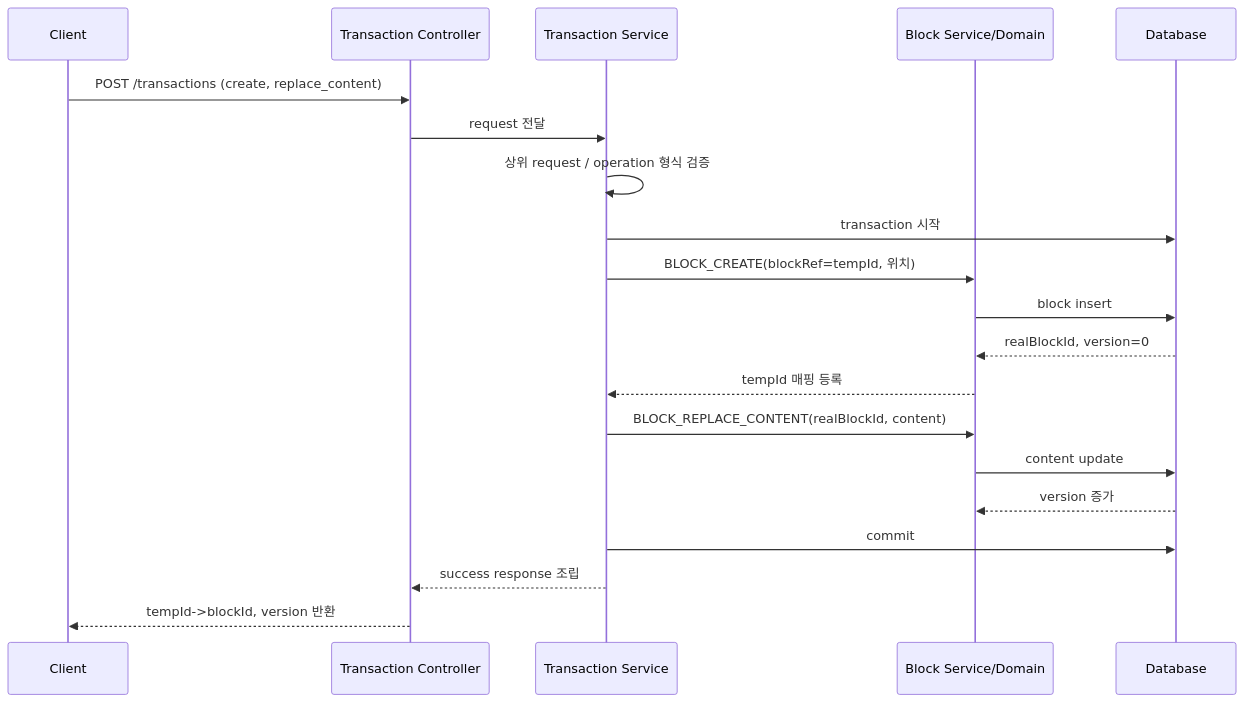
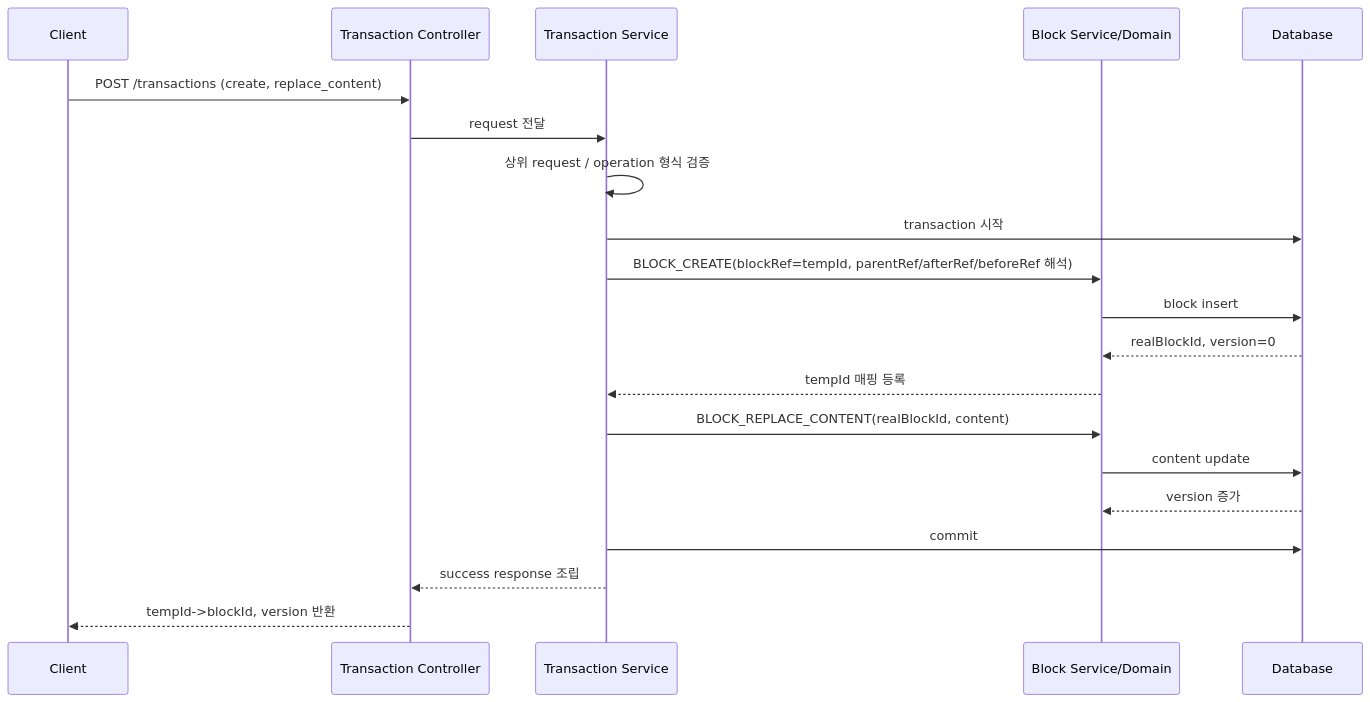
The first of 3 diagrams in docs/guides/backend-editor-transaction-processing-guide.md (jho951/service-editor), drawn with Mermaid before and after one commit. The commit also changed other lines of this file and 7 other files, not shown here.

First line of the commit message:
docs: transaction temp ref 지원 범위 확장

````diff
--- a/docs/guides/backend-editor-transaction-processing-guide.md
+++ b/docs/guides/backend-editor-transaction-processing-guide.md
@@ -134,23 +138,23 @@
 ```mermaid
 sequenceDiagram
     participant C as Client
     participant API as Transaction Controller
     participant S as Transaction Service
     participant B as Block Service/Domain
     participant DB as Database
 
     C->>API: POST /transactions (create, replace_content)
     API->>S: request 전달
     S->>S: 상위 request / operation 형식 검증
     S->>DB: transaction 시작
-    S->>B: BLOCK_CREATE(blockRef=tempId, 위치)
+    S->>B: BLOCK_CREATE(blockRef=tempId, parentRef/afterRef/beforeRef 해석)
     B->>DB: block insert
     DB-->>B: realBlockId, version=0
     B-->>S: tempId 매핑 등록
     S->>B: BLOCK_REPLACE_CONTENT(realBlockId, content)
     B->>DB: content update
     DB-->>B: version 증가
     S->>DB: commit
     S-->>API: success response 조립
     API-->>C: tempId->blockId, version 반환
 ```
````
